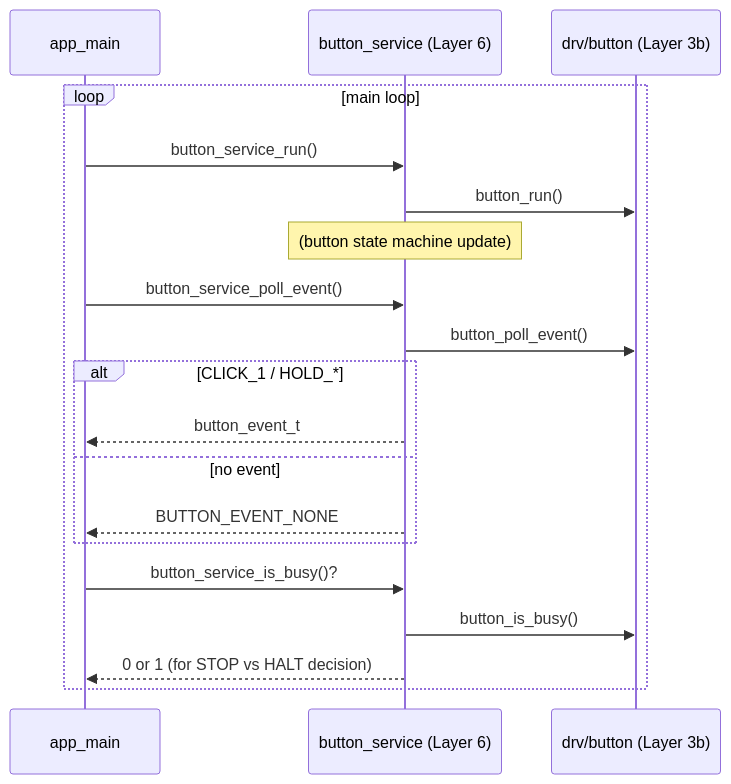
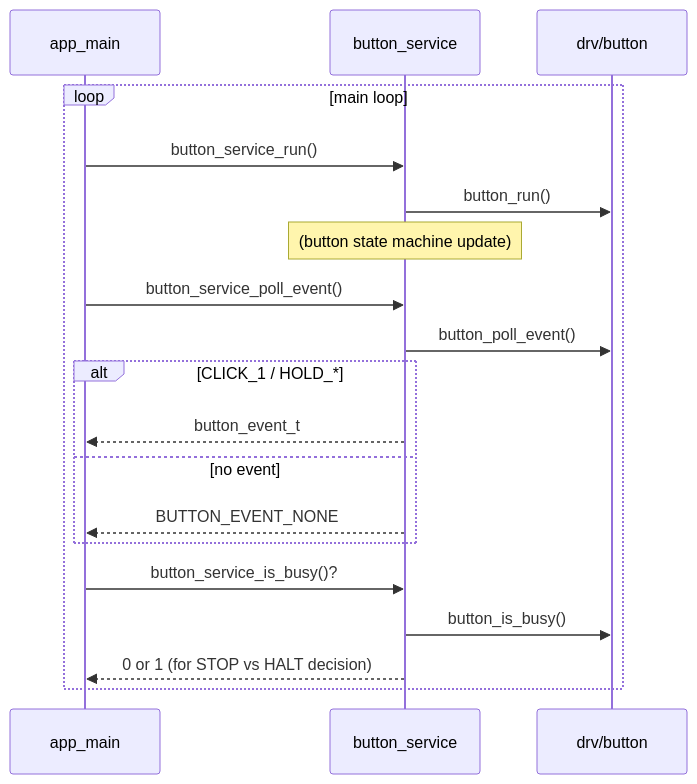
Before and after one commit to vuvantruong120896/emic_lora_protocol: the third of 10 diagrams in EMIC_LORA_PROTOCOL/docs/layer_call_flow.md, drawn with Mermaid. The commit also changed other lines of this file and 52 other files, not shown here.

````diff
--- a/EMIC_LORA_PROTOCOL/docs/layer_call_flow.md
+++ b/EMIC_LORA_PROTOCOL/docs/layer_call_flow.md
@@ -199,24 +269,24 @@
 ```mermaid
 sequenceDiagram
   participant APP as app_main
-  participant BTN as button_service (Layer 6)
-  participant DRV as drv/button (Layer 3b)
+  participant BTN as button_service
+  participant DRV as drv/button
 
   loop main loop
     APP->>BTN: button_service_run()
     BTN->>DRV: button_run()
     Note over BTN: (button state machine update)
   
     APP->>BTN: button_service_poll_event()
     BTN->>DRV: button_poll_event()
     alt CLICK_1 / HOLD_*
       BTN-->>APP: button_event_t
     else no event
       BTN-->>APP: BUTTON_EVENT_NONE
     end
 
     APP->>BTN: button_service_is_busy()?
     BTN->>DRV: button_is_busy()
     BTN-->>APP: 0 or 1 (for STOP vs HALT decision)
   end
 ```
````
